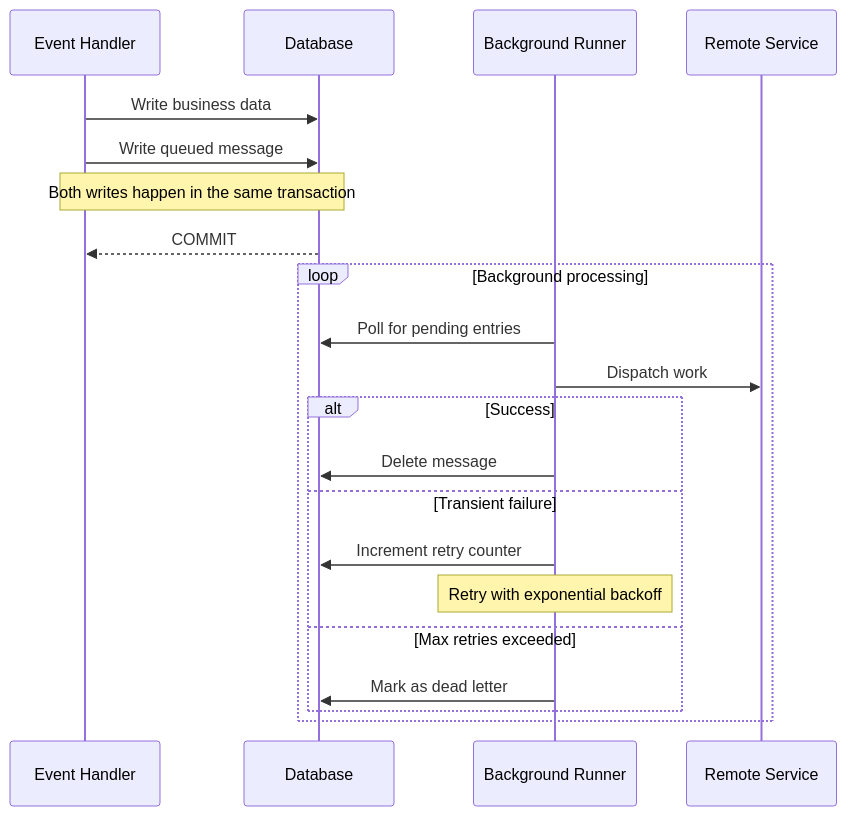
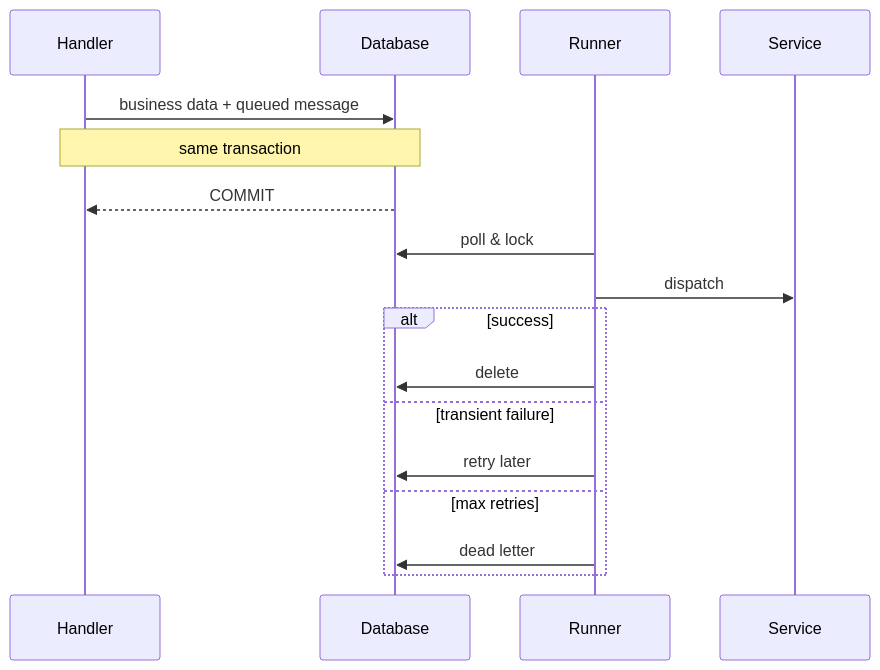
One commit to capire/docs changed the second of 2 diagrams in guides/events/event-queues.md. Above: the diagram before and after it, drawn with Mermaid. The commit also changed other lines of this file, not shown here.

````diff
--- a/guides/events/event-queues.md
+++ b/guides/events/event-queues.md
@@ -103,25 +553,20 @@
 ```mermaid
 sequenceDiagram
-    participant H as Event Handler
+    participant H as Handler
     participant DB as Database
-    participant R as Background Runner
-    participant S as Remote Service
+    participant R as Runner
+    participant S as Service
 
-    H->>DB: Write business data
-    H->>DB: Write queued message
-    Note over H,DB: Both writes happen in the same transaction
+    H->>DB: business data + queued message
+    Note over H,DB: same transaction
     DB-->>H: COMMIT
-
-    loop Background processing
-        R->>DB: Poll for pending entries
-        R->>S: Dispatch work
-        alt Success
-            R->>DB: Delete message
-        else Transient failure
-            R->>DB: Increment retry counter
-            Note over R: Retry with exponential backoff
-        else Max retries exceeded
-            R->>DB: Mark as dead letter
-        end
+    R->>DB: poll & lock
+    R->>S: dispatch
+    alt success
+        R->>DB: delete
+    else transient failure
+        R->>DB: retry later
+    else max retries
+        R->>DB: dead letter
     end
 ```
````
